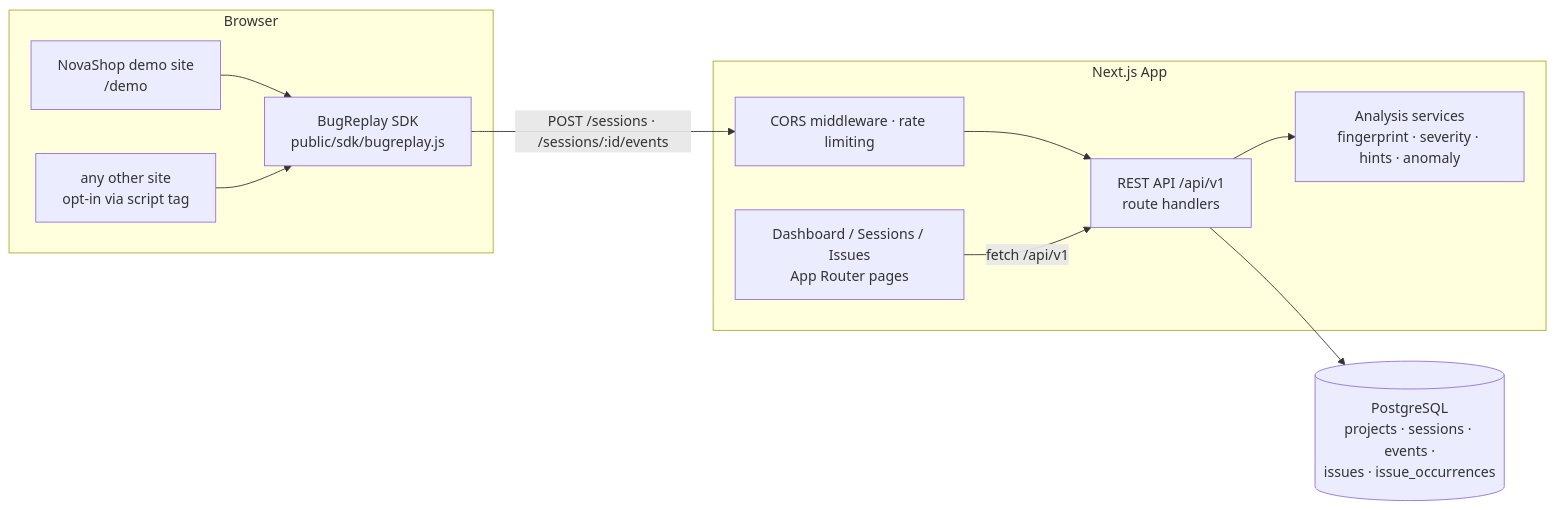
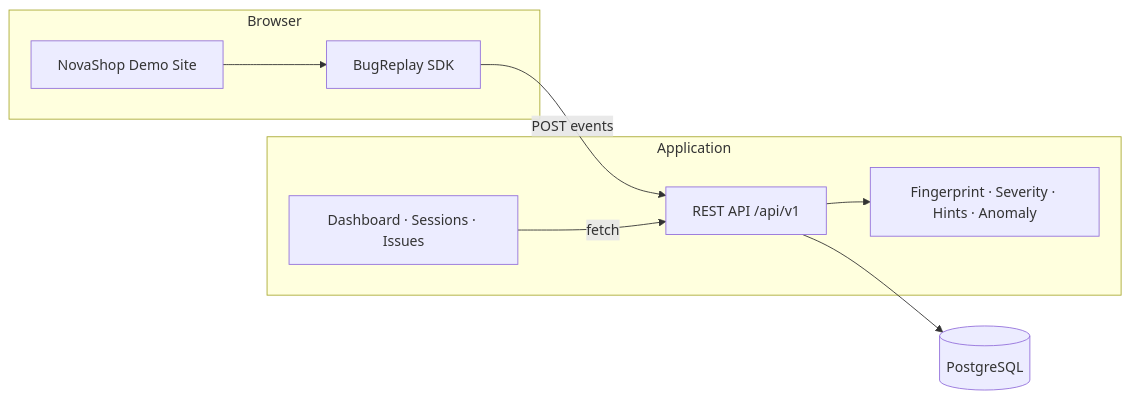
The diagram in README.md (Chadarasipalli-Ramcharan/BUG-REPLAY), drawn with Mermaid before and after one commit. The commit also changed other lines of this file, not shown here.

````diff
--- a/README.md
+++ b/README.md
@@ -64,21 +85,18 @@
 ```mermaid
 flowchart LR
   subgraph Browser
-    DEMO[NovaShop demo site<br/>/demo]
-    SDK[BugReplay SDK<br/>public/sdk/bugreplay.js]
-    OTHER[any other site<br/>opt-in via script tag]
+    DEMO[NovaShop Demo Site]
+    SDK[BugReplay SDK]
   end
-  subgraph Next.js App
-    UI[Dashboard / Sessions / Issues<br/>App Router pages]
-    API[REST API /api/v1<br/>route handlers]
-    SVC[Analysis services<br/>fingerprint · severity · hints · anomaly]
-    MW[CORS middleware · rate limiting]
+  subgraph Application
+    UI[Dashboard · Sessions · Issues]
+    API[REST API /api/v1]
+    SVC[Fingerprint · Severity · Hints · Anomaly]
   end
-  DB[(PostgreSQL<br/>projects · sessions · events ·<br/>issues · issue_occurrences)]
+  DB[(PostgreSQL)]
   DEMO --> SDK
-  OTHER --> SDK
-  SDK -->|POST /sessions · /sessions/:id/events| MW --> API
-  UI -->|fetch /api/v1| API
+  SDK -->|POST events| API
+  UI -->|fetch| API
   API --> SVC
   API --> DB
 ```
````
